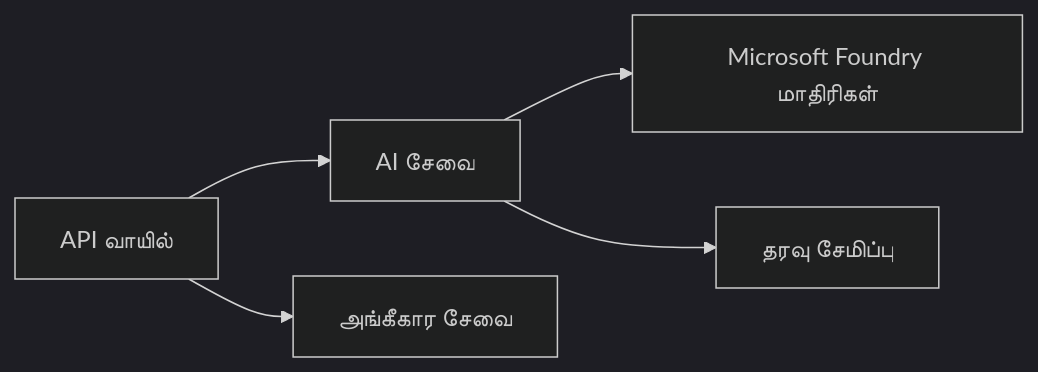
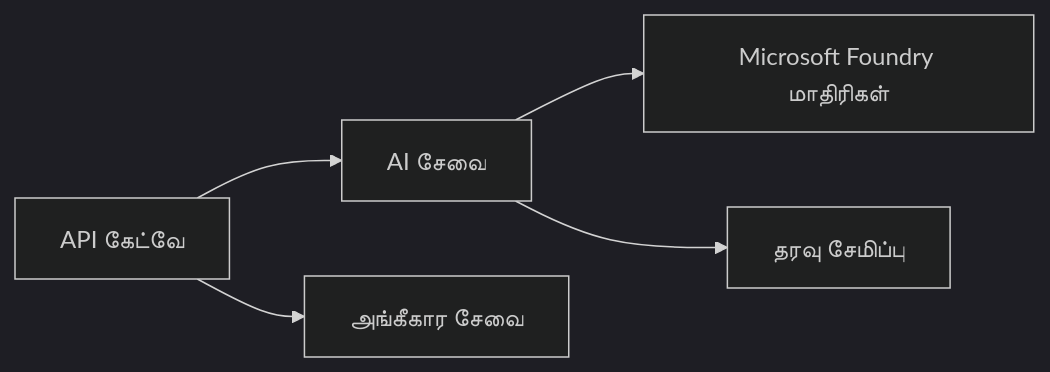
Before and after one commit to microsoft/AZD-for-beginners: the first of 2 diagrams in translations/ta/docs/chapter-08-production/README.md, drawn with Mermaid (dark theme). The commit also changed other lines of this file and 101 other files, not shown here.

````diff
--- a/translations/ta/docs/chapter-08-production/README.md
+++ b/translations/ta/docs/chapter-08-production/README.md
@@ -46,6 +48,6 @@
 ```mermaid
 graph LR
-    Gateway[API வாயில்] --> AI[AI சேவை] --> Models[Microsoft Foundry மாதிரிகள்]
+    Gateway[API கேட்வே] --> AI[AI சேவை] --> Models[Microsoft Foundry மாதிரிகள்]
     Gateway --> Auth[அங்கீகார சேவை]
     AI --> Data[தரவு சேமிப்பு]
 ```
````
